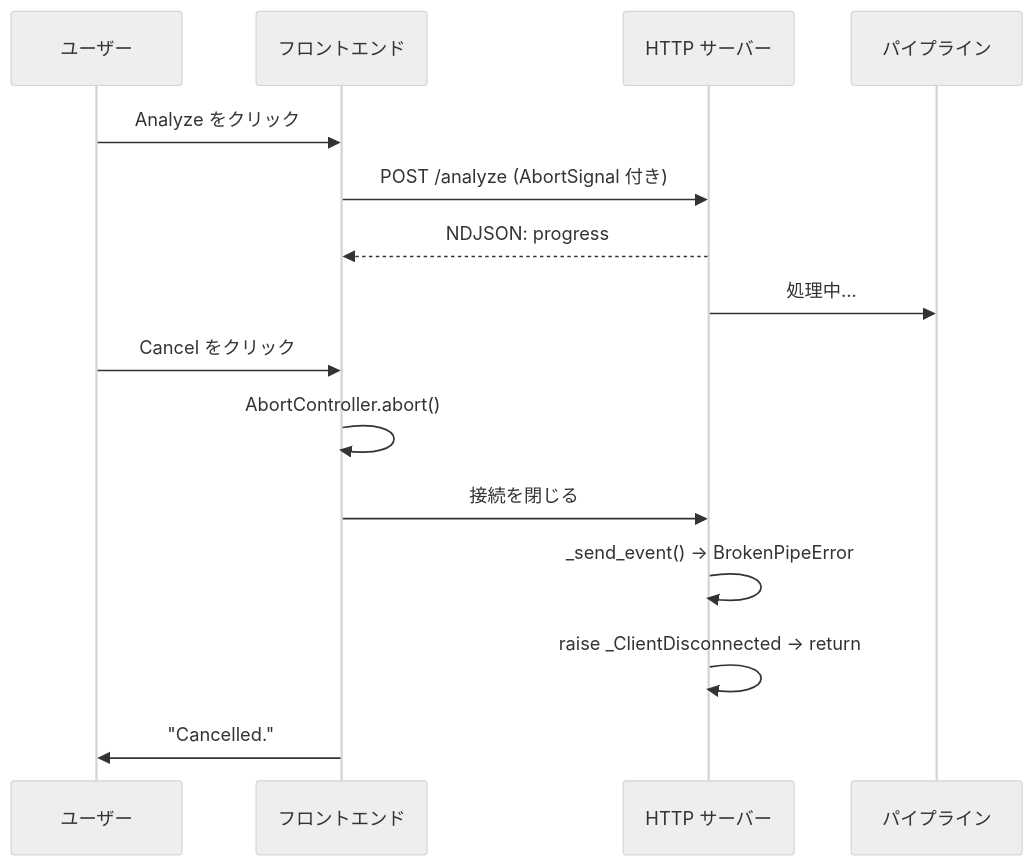
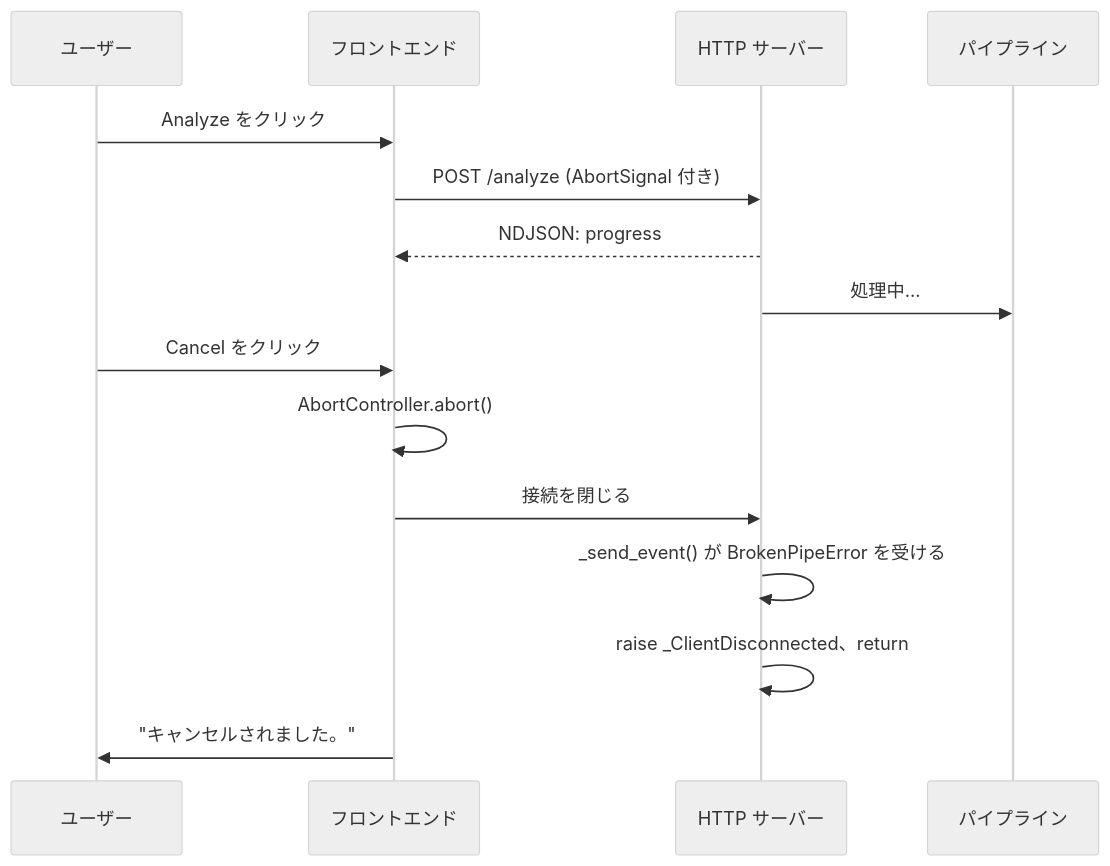
Before and after one commit to semnil/analyze-spectrum: diagram 12 of 18 in docs/architecture.ja.md, drawn with Mermaid (neutral theme). The commit also changed other lines of this file and 7 other files, not shown here.

````diff
--- a/docs/architecture.ja.md
+++ b/docs/architecture.ja.md
@@ -317,18 +334,18 @@
 ```mermaid
 sequenceDiagram
     participant U as ユーザー
     participant FE as フロントエンド
     participant SRV as HTTP サーバー
     participant PIPE as パイプライン
 
     U->>FE: Analyze をクリック
     FE->>SRV: POST /analyze (AbortSignal 付き)
     SRV-->>FE: NDJSON: progress
     SRV->>PIPE: 処理中...
     U->>FE: Cancel をクリック
     FE->>FE: AbortController.abort()
     FE->>SRV: 接続を閉じる
-    SRV->>SRV: _send_event() → BrokenPipeError
-    SRV->>SRV: raise _ClientDisconnected → return
-    FE->>U: "Cancelled."
+    SRV->>SRV: _send_event() が BrokenPipeError を受ける
+    SRV->>SRV: raise _ClientDisconnected、return
+    FE->>U: "キャンセルされました。"
 ```
````
